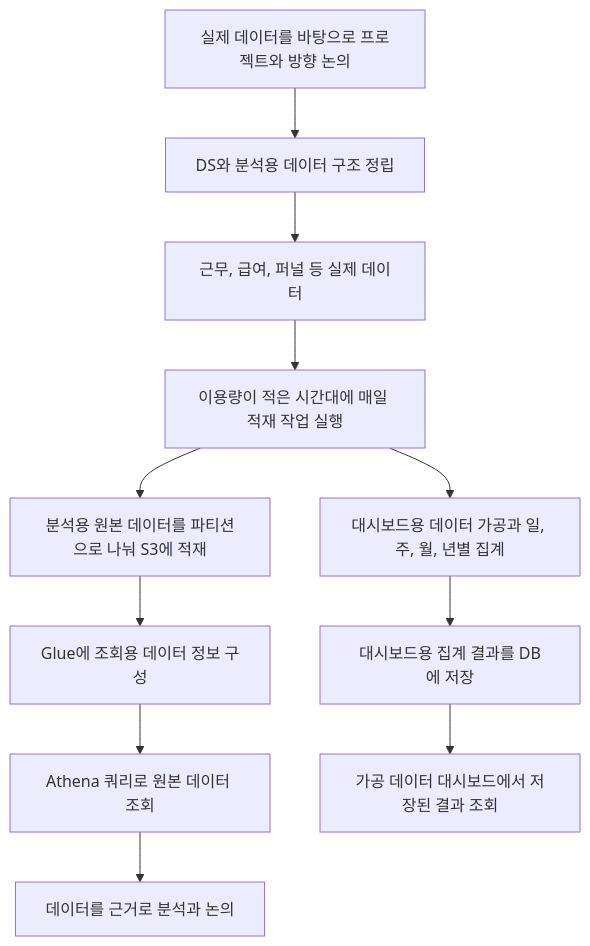
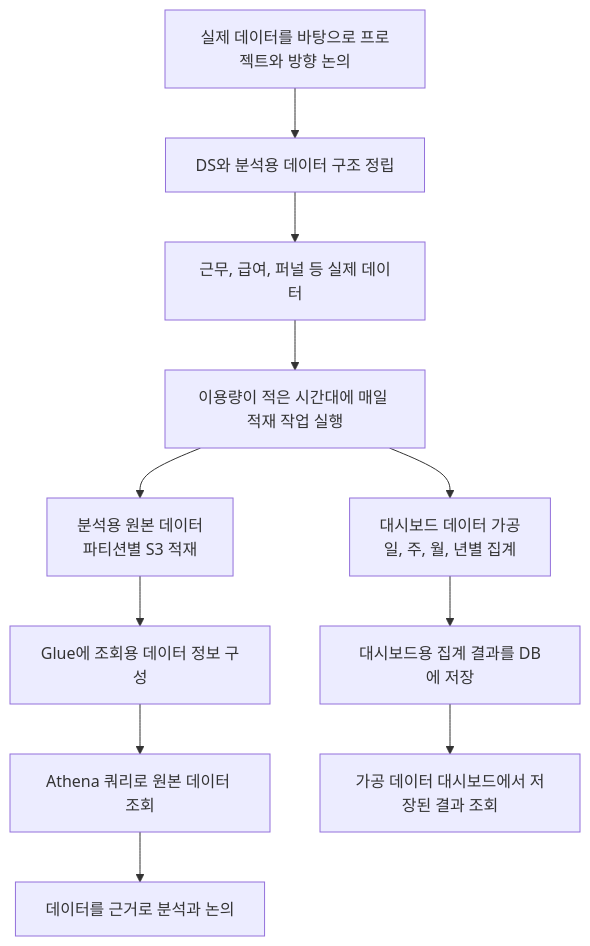
Before and after one commit to KimHG1995/work-history: the diagram in projects/platform-operations/data-analytics.md, drawn with Mermaid. The commit also changed 18 other files, not shown here.

Commit message:
docs: 공개 Mermaid 다이어그램 가독성 전수 개선

````diff
--- a/projects/platform-operations/data-analytics.md
+++ b/projects/platform-operations/data-analytics.md
@@ -46,13 +46,13 @@
 ```mermaid
 flowchart TD
     purpose["실제 데이터를 바탕으로 프로젝트와 방향 논의"] --> design["DS와 분석용 데이터 구조 정립"]
     design --> source["근무, 급여, 퍼널 등 실제 데이터"]
     source --> schedule["이용량이 적은 시간대에 매일 적재 작업 실행"]
-    schedule --> raw["분석용 원본 데이터를 파티션으로 나눠 S3에 적재"]
+    schedule --> raw["분석용 원본 데이터<br/>파티션별 S3 적재"]
     raw --> catalog["Glue에 조회용 데이터 정보 구성"]
     catalog --> query["Athena 쿼리로 원본 데이터 조회"]
     query --> discussion["데이터를 근거로 분석과 논의"]
-    schedule --> aggregate["대시보드용 데이터 가공과 일, 주, 월, 년별 집계"]
+    schedule --> aggregate["대시보드 데이터 가공<br/>일, 주, 월, 년별 집계"]
     aggregate --> db["대시보드용 집계 결과를 DB에 저장"]
     db --> dashboard["가공 데이터 대시보드에서 저장된 결과 조회"]
 ```
````
